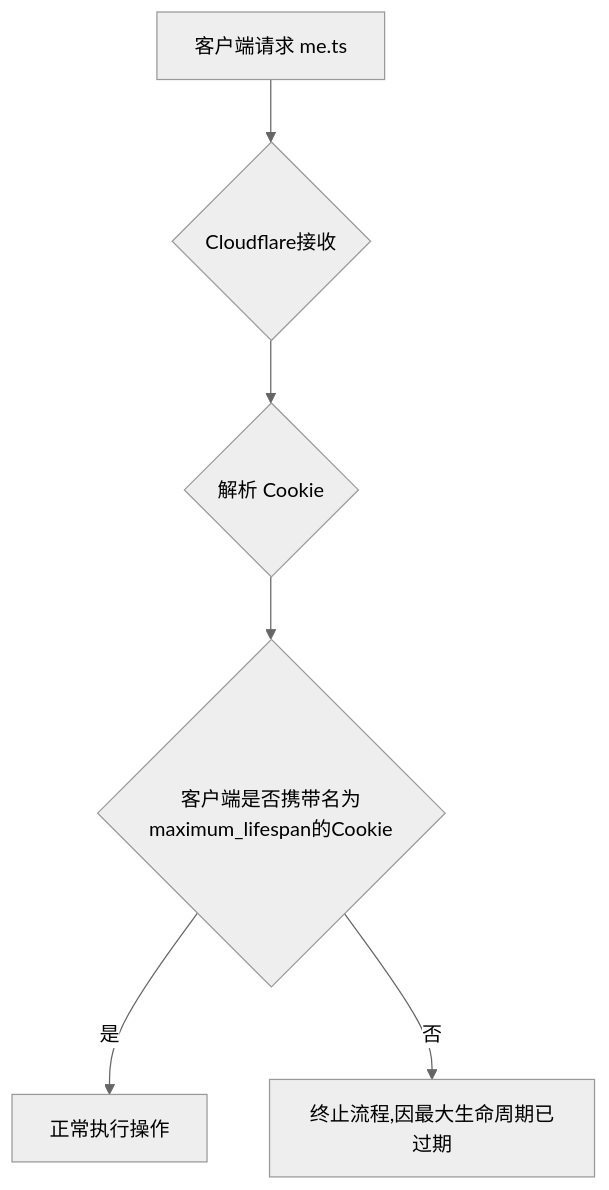
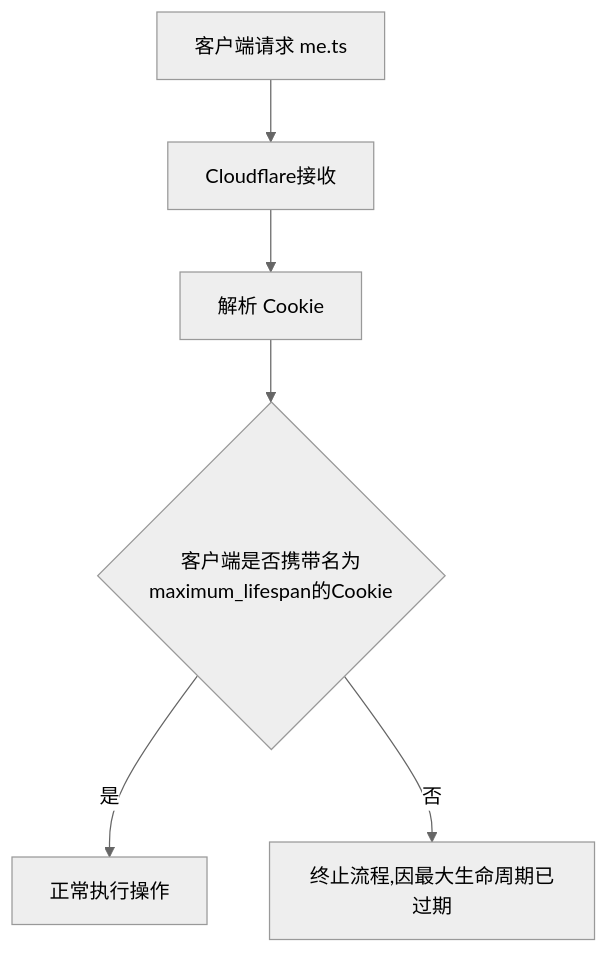
Before and after one commit to zitzhen/CoCo-Community: the fourth of 4 diagrams in docs/滑动登录开发需求及手册.md, drawn with Mermaid (neutral theme). The commit also changed other lines of this file, not shown here.

````diff
--- a/docs/滑动登录开发需求及手册.md
+++ b/docs/滑动登录开发需求及手册.md
@@ -137,8 +144,8 @@
 ```mermaid
 flowchart TD
-    A[客户端请求 me.ts ] --> B{Cloudflare接收}--> C{解析 Cookie}-->D{客户端是否携带名为maximum_lifespan的Cookie}
+    A[客户端请求 me.ts ] --> B[Cloudflare接收]--> C[解析 Cookie]-->D{客户端是否携带名为maximum_lifespan的Cookie}
     
     D -->|是| E[正常执行操作]
     D -->|否| F[终止流程,因最大生命周期已过期]
 
 ```
````
